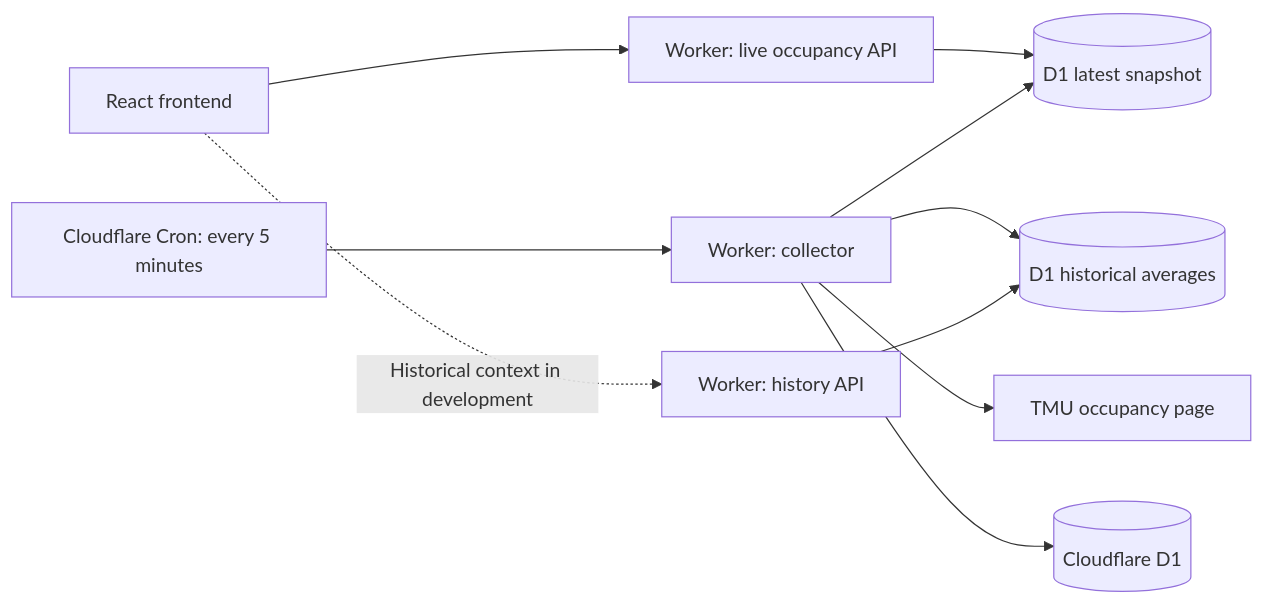
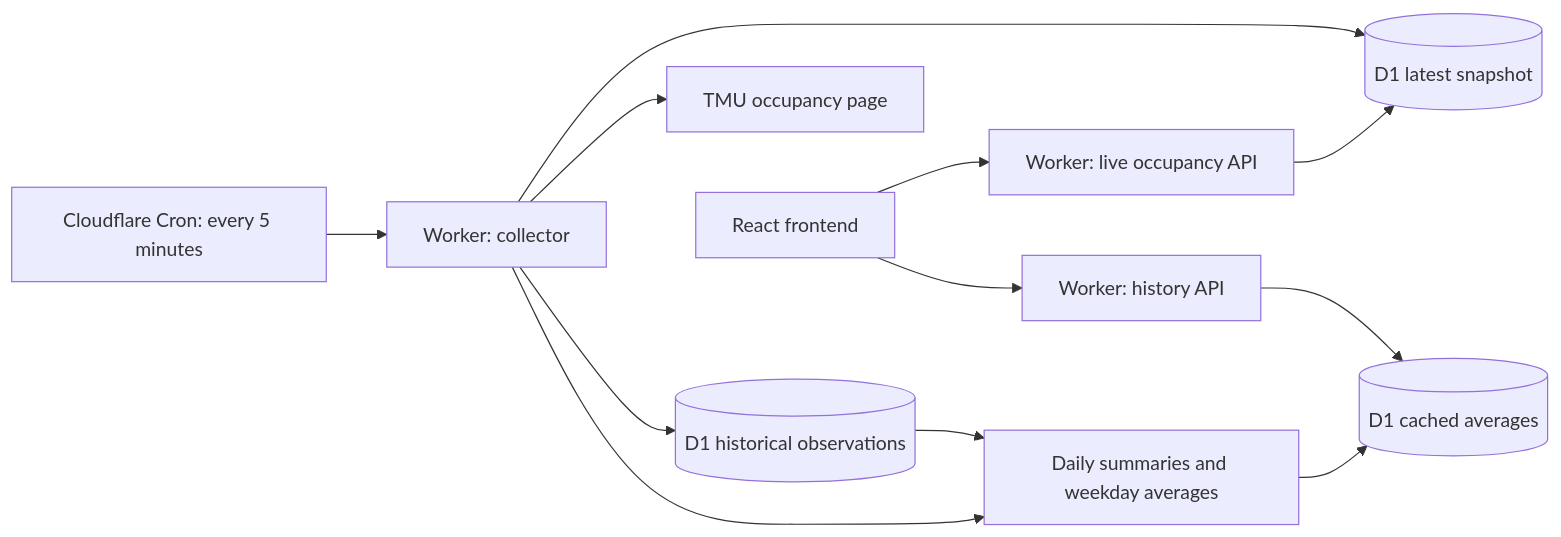
Before and after one commit to maibrandon/tmu-gym-status: the diagram in README.md, drawn with Mermaid. The commit also changed other lines of this file, not shown here.

````diff
--- a/README.md
+++ b/README.md
@@ -25,12 +26,14 @@
 ```mermaid
 flowchart LR
     Browser[React frontend] --> Live[Worker: live occupancy API]
     Live --> Snapshot[(D1 latest snapshot)]
     Cron[Cloudflare Cron: every 5 minutes] --> Collector[Worker: collector]
     Collector --> TMU[TMU occupancy page]
     Collector --> Snapshot
-    Collector --> Averages[(D1 historical averages)]
-    Collector --> DB[(Cloudflare D1)]
-    Browser -. Historical context in development .-> History[Worker: history API]
-    History --> Averages
+    Collector --> Summaries
+    Collector --> DB[(D1 historical observations)]
+    DB --> Summaries[Daily summaries and weekday averages]
+    Summaries --> Averages
+    Browser --> History[Worker: history API]
+    History --> Averages[(D1 cached averages)]
 ```
````
